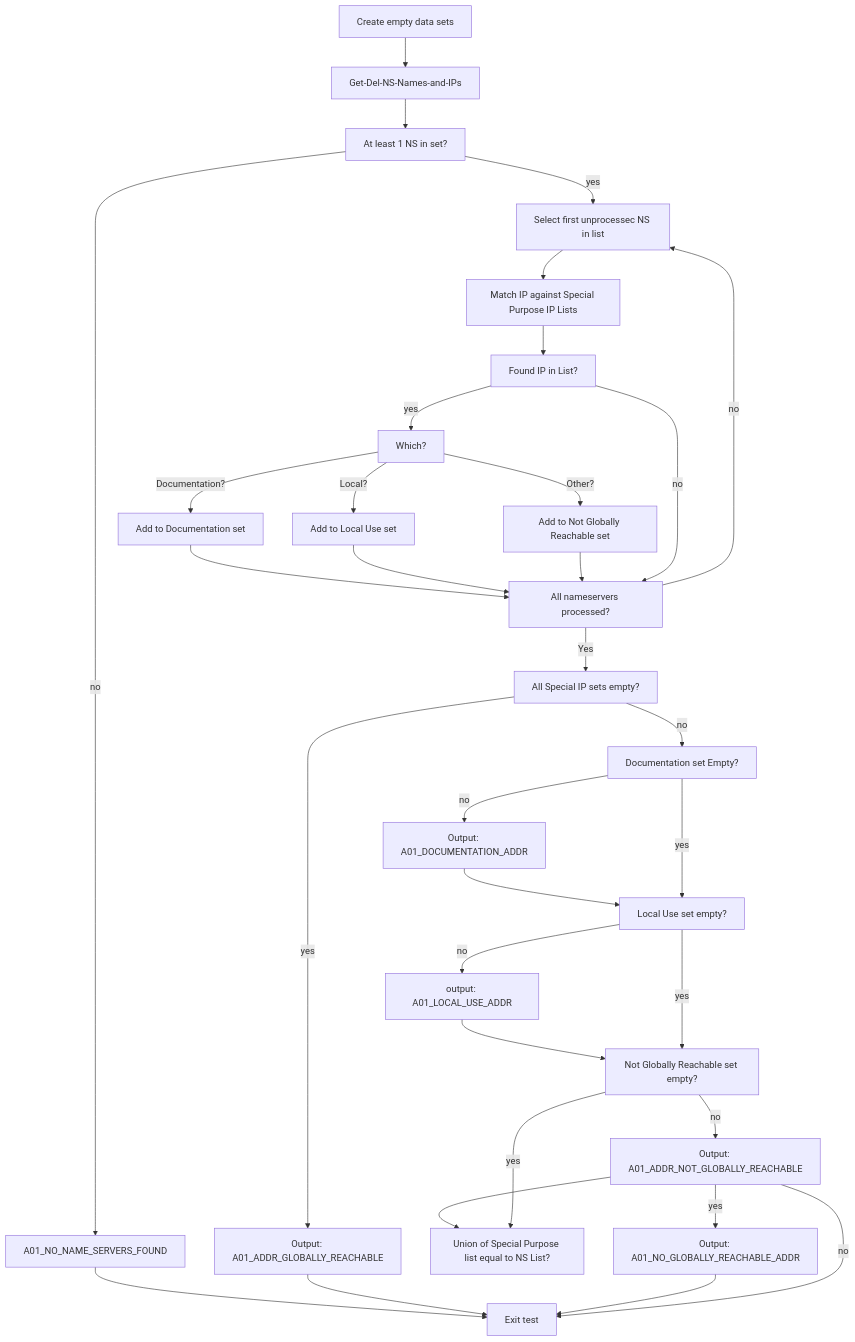
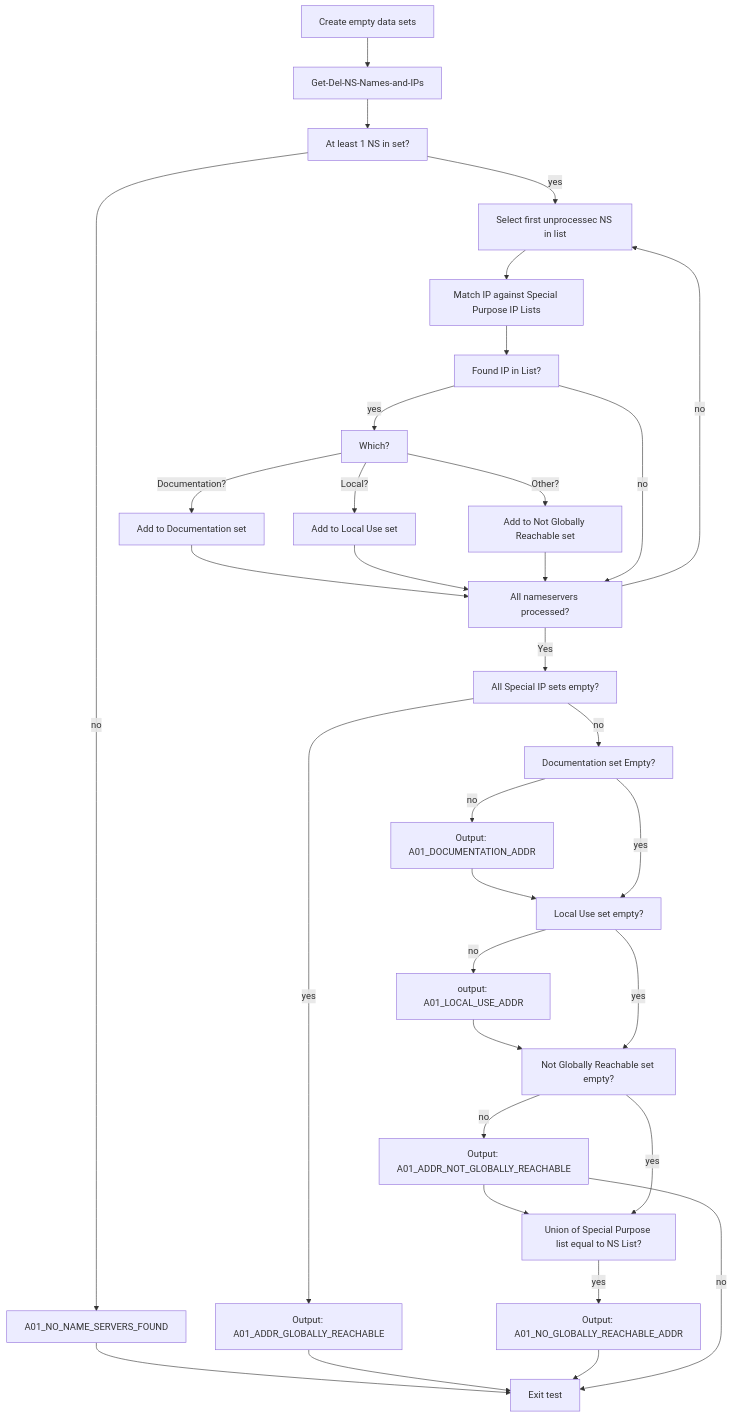
One commit to tolvmannen/zonemaster changed the diagram in docs/public/specifications/tests/Address-TP/address01.md. Above: the diagram before and after it, drawn with Mermaid.

Commit message:
Fixed Mermaid graph again

````diff
--- a/docs/public/specifications/tests/Address-TP/address01.md
+++ b/docs/public/specifications/tests/Address-TP/address01.md
@@ -114,36 +114,36 @@
 ```mermaid
 graph TD;
     A[Create empty data sets] --> B[Get-Del-NS-Names-and-IPs]
     B --> C[At least 1 NS in set?] 
     C -- no --> R[A01_NO_NAME_SERVERS_FOUND]
     R --> X[Exit test]
     C -- yes --> D[Select first unprocessec NS in list]
     D --> E[Match IP against Special Purpose IP Lists]
     E --> F[Found IP in List?]
     F -- yes --> G[Which?]
     G -- Documentation? --> H[Add to Documentation set]
     G -- Local? --> I[Add to Local Use set]
     G -- Other? --> J[Add to Not Globally Reachable set]
     H --> K
     I --> K
     J --> K
     F -- no --> K[All nameservers processed?]
     K -- no --> D
     K -- Yes --> L[All Special IP sets empty?]
     L -- yes --> M[Output: A01_ADDR_GLOBALLY_REACHABLE]
     M --> X
     L -- no --> N[Documentation set Empty?]
     N -- no --> O[Output: A01_DOCUMENTATION_ADDR]
     O --> P[Local Use set empty?]
     P -- no --> Q[output: A01_LOCAL_USE_ADDR]
     Q --> S[Not Globally Reachable set empty?]
     S -- no --> T[Output: A01_ADDR_NOT_GLOBALLY_REACHABLE] 
     T --> U[Union of Special Purpose list equal to NS List?]
-    T -- yes --> V[Output: A01_NO_GLOBALLY_REACHABLE_ADDR]
+    U -- yes --> V[Output: A01_NO_GLOBALLY_REACHABLE_ADDR]
     V --> X
     N -- yes --> P
     P -- yes --> S
     S -- yes --> U
     T -- no --> X
     
 ```
````
